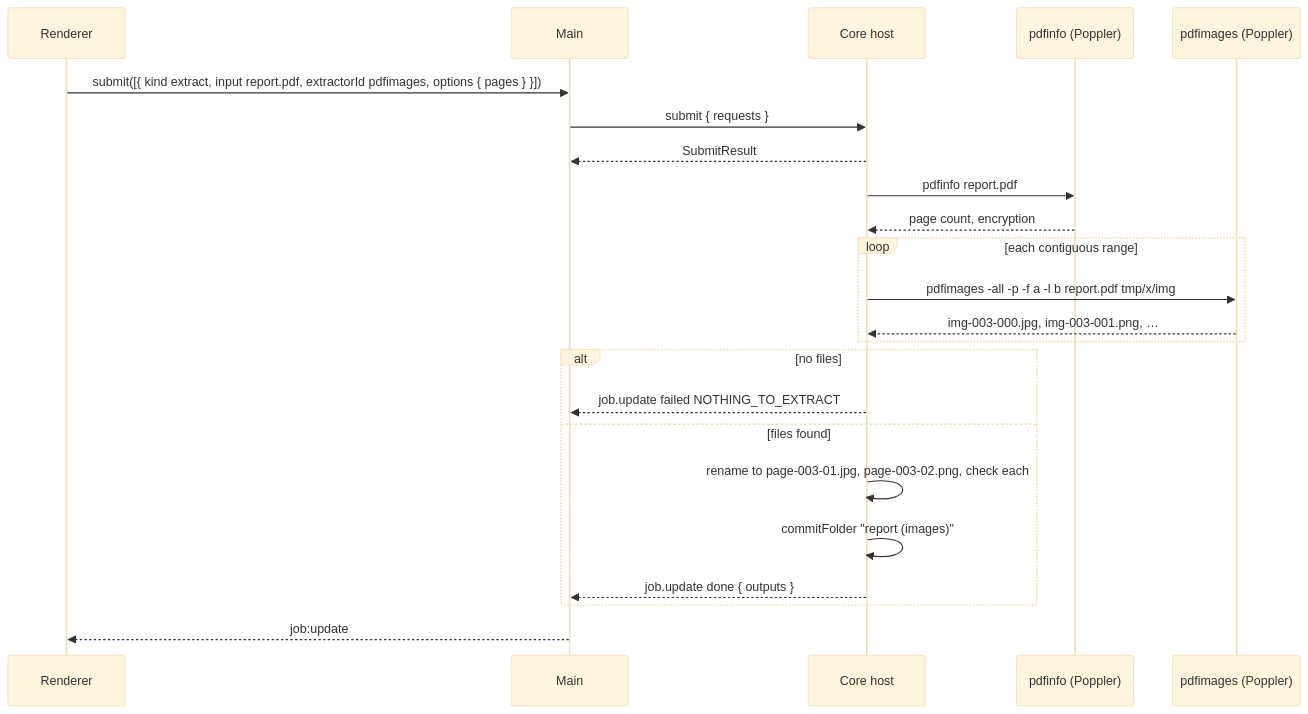
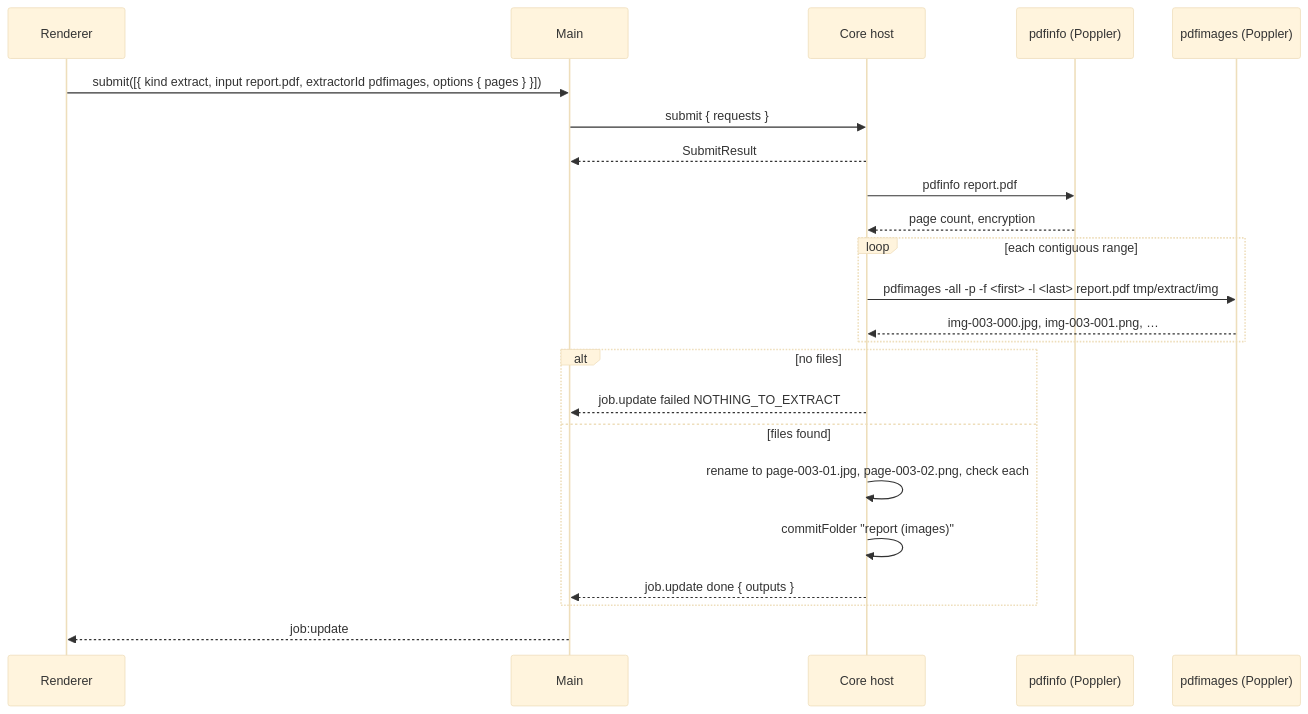
One commit to Anuragvish22/FileCon changed diagram 18 of 19 in docs/FLOWS.md. Above: the diagram before and after it, drawn with Mermaid (base theme). The commit also changed other lines of this file and 26 other files, not shown here.

First line of the commit message:
M0-4: graph and routing; lint-enforced naming rule

````diff
--- a/docs/FLOWS.md
+++ b/docs/FLOWS.md
@@ -496,25 +496,25 @@
 ```mermaid
 sequenceDiagram
   participant Renderer
   participant Main
   participant Core as Core host
   participant Info as pdfinfo (Poppler)
   participant Extract as pdfimages (Poppler)
   Renderer->>Main: submit([{ kind extract, input report.pdf, extractorId pdfimages, options { pages } }])
   Main->>Core: submit { requests }
   Core-->>Main: SubmitResult
   Core->>Info: pdfinfo report.pdf
   Info-->>Core: page count, encryption
   loop each contiguous range
-    Core->>Extract: pdfimages -all -p -f a -l b report.pdf tmp/x/img
+    Core->>Extract: pdfimages -all -p -f <first> -l <last> report.pdf tmp/extract/img
     Extract-->>Core: img-003-000.jpg, img-003-001.png, …
   end
   alt no files
     Core-->>Main: job.update failed NOTHING_TO_EXTRACT
   else files found
     Core->>Core: rename to page-003-01.jpg, page-003-02.png, check each
     Core->>Core: commitFolder "report (images)"
     Core-->>Main: job.update done { outputs }
   end
   Main-->>Renderer: job:update
 ```
````
